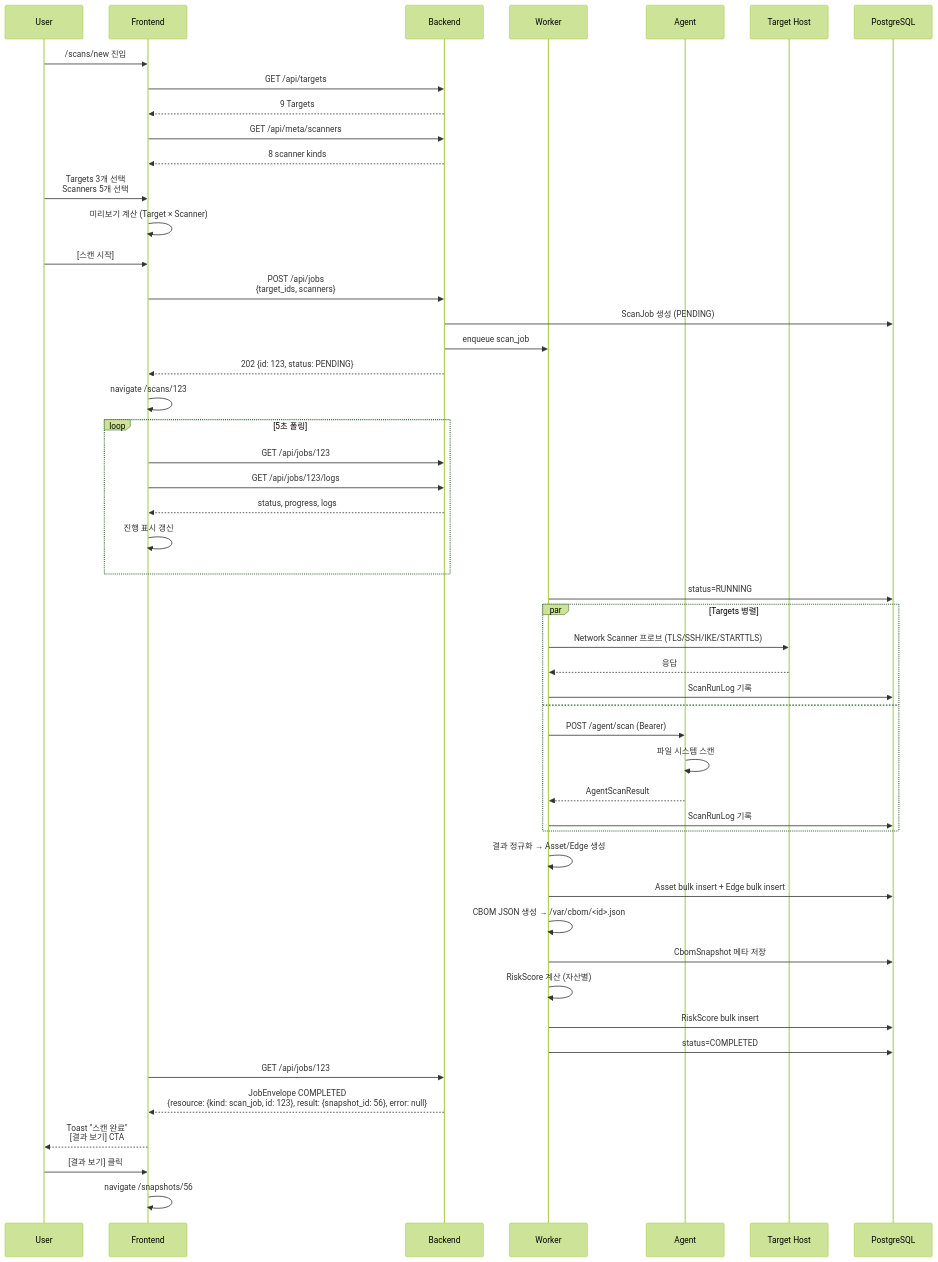
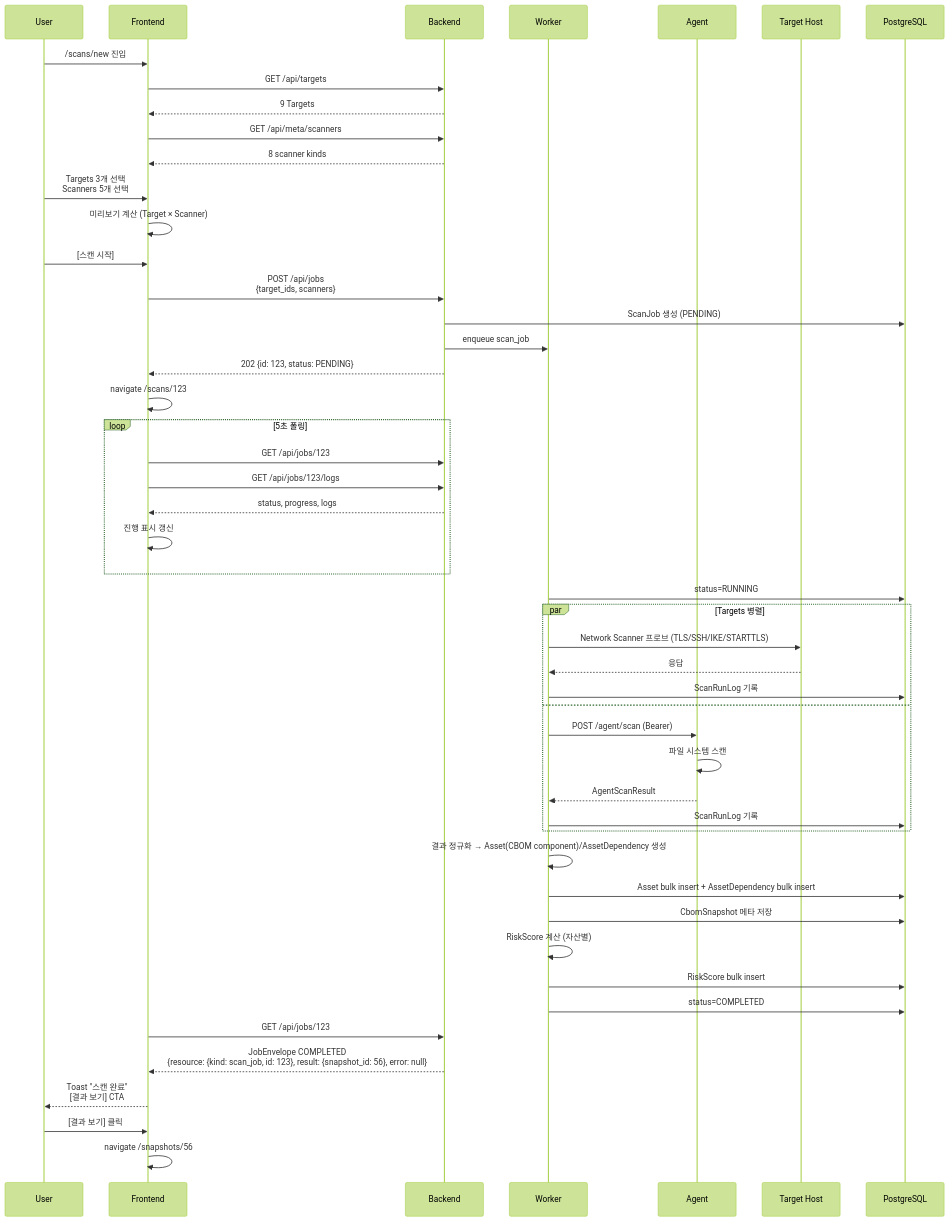
The fourth of 11 diagrams in docs/10-ux-flows.md (ehdgks0627/crypto-scanner), drawn with Mermaid (forest theme) before and after one commit. The commit also changed 29 other files, not shown here.

````diff
--- a/docs/10-ux-flows.md
+++ b/docs/10-ux-flows.md
@@ -171,56 +171,55 @@
 ```mermaid
 sequenceDiagram
     participant U as User
     participant F as Frontend
     participant B as Backend
     participant W as Worker
     participant A as Agent
     participant T as Target Host
     participant DB as PostgreSQL
 
     U->>F: /scans/new 진입
     F->>B: GET /api/targets
     B-->>F: 9 Targets
     F->>B: GET /api/meta/scanners
     B-->>F: 8 scanner kinds
     U->>F: Targets 3개 선택<br/>Scanners 5개 선택
     F->>F: 미리보기 계산 (Target × Scanner)
     U->>F: [스캔 시작]
     F->>B: POST /api/jobs<br/>{target_ids, scanners}
     B->>DB: ScanJob 생성 (PENDING)
     B->>W: enqueue scan_job
     B-->>F: 202 {id: 123, status: PENDING}
     F->>F: navigate /scans/123
 
     loop 5초 폴링
         F->>B: GET /api/jobs/123
         F->>B: GET /api/jobs/123/logs
         B-->>F: status, progress, logs
         F->>F: 진행 표시 갱신
     end
 
     W->>DB: status=RUNNING
     par Targets 병렬
         W->>T: Network Scanner 프로브 (TLS/SSH/IKE/STARTTLS)
         T-->>W: 응답
         W->>DB: ScanRunLog 기록
     and
         W->>A: POST /agent/scan (Bearer)
         A->>A: 파일 시스템 스캔
         A-->>W: AgentScanResult
         W->>DB: ScanRunLog 기록
     end
-    W->>W: 결과 정규화 → Asset/Edge 생성
-    W->>DB: Asset bulk insert + Edge bulk insert
-    W->>W: CBOM JSON 생성 → /var/cbom/<id>.json
+    W->>W: 결과 정규화 → Asset(CBOM component)/AssetDependency 생성
+    W->>DB: Asset bulk insert + AssetDependency bulk insert
     W->>DB: CbomSnapshot 메타 저장
     W->>W: RiskScore 계산 (자산별)
     W->>DB: RiskScore bulk insert
     W->>DB: status=COMPLETED
 
     F->>B: GET /api/jobs/123
     B-->>F: JobEnvelope COMPLETED<br/>{resource: {kind: scan_job, id: 123}, result: {snapshot_id: 56}, error: null}
     F-->>U: Toast "스캔 완료"<br/>[결과 보기] CTA
     U->>F: [결과 보기] 클릭
     F->>F: navigate /snapshots/56
 ```
````
